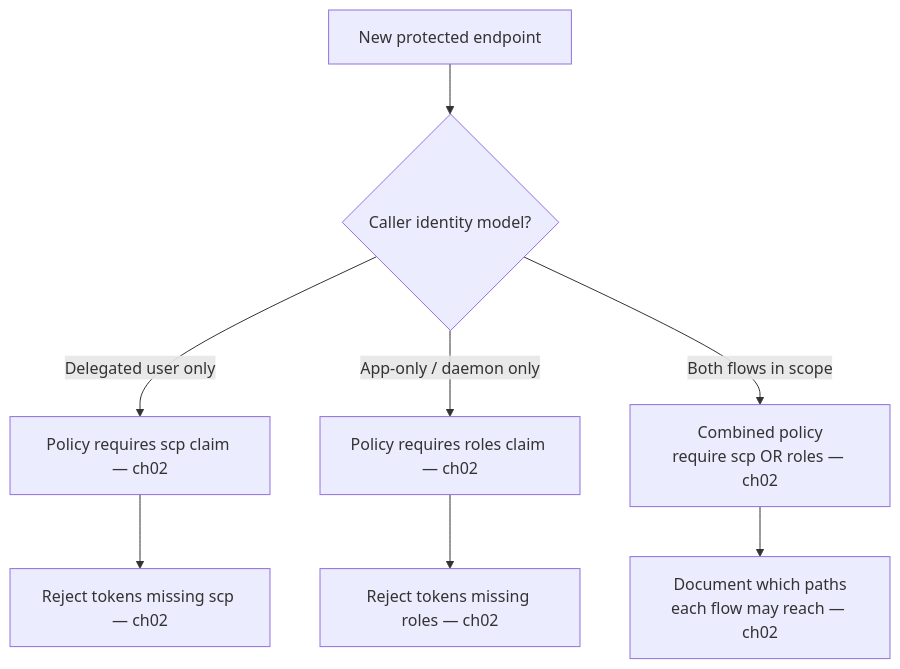
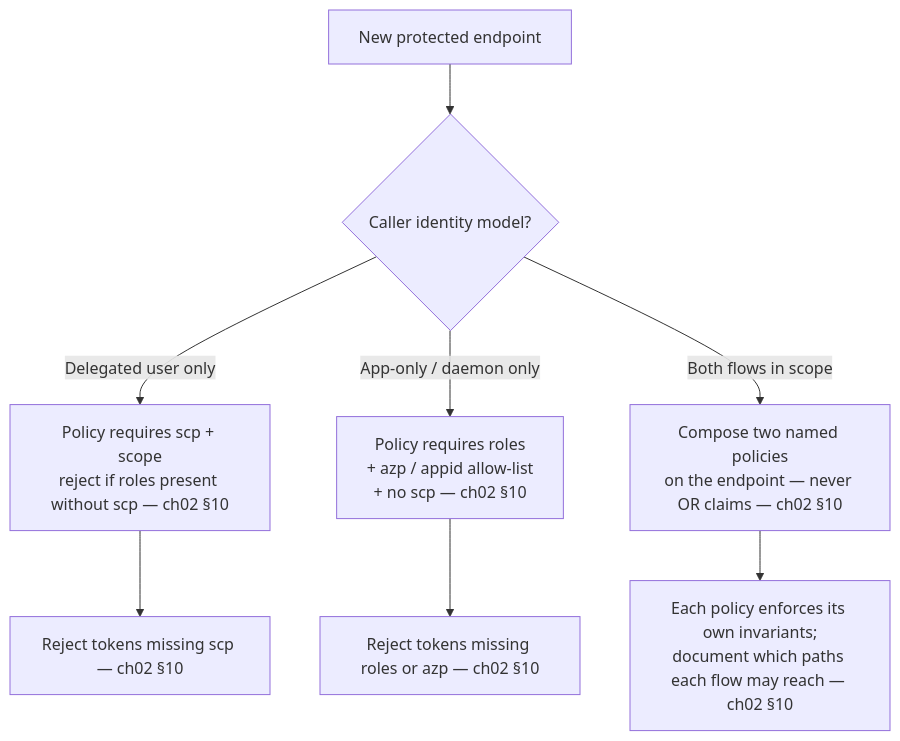
Before and after one commit to mghabin/dotnet-engineering-guide: diagram 12 of 17 in docs/decision-trees.md, drawn with Mermaid. The commit also changed other lines of this file and 5 other files, not shown here.

````diff
--- a/docs/decision-trees.md
+++ b/docs/decision-trees.md
@@ -307,10 +314,10 @@
 ```mermaid
 flowchart TD
     A[New protected endpoint] --> B{Caller identity model?}
-    B -->|Delegated user only| C[Policy requires scp claim — ch02]
-    B -->|App-only / daemon only| D[Policy requires roles claim — ch02]
-    B -->|Both flows in scope| E[Combined policy<br/>require scp OR roles — ch02]
-    C --> F[Reject tokens missing scp — ch02]
-    D --> G[Reject tokens missing roles — ch02]
-    E --> H[Document which paths<br/>each flow may reach — ch02]
+    B -->|Delegated user only| C[Policy requires scp + scope<br/>reject if roles present without scp — ch02 §10]
+    B -->|App-only / daemon only| D[Policy requires roles<br/>+ azp / appid allow-list<br/>+ no scp — ch02 §10]
+    B -->|Both flows in scope| E[Compose two named policies<br/>on the endpoint — never OR claims — ch02 §10]
+    C --> F[Reject tokens missing scp — ch02 §10]
+    D --> G[Reject tokens missing roles or azp — ch02 §10]
+    E --> H[Each policy enforces its own invariants;<br/>document which paths each flow may reach — ch02 §10]
 ```
````
